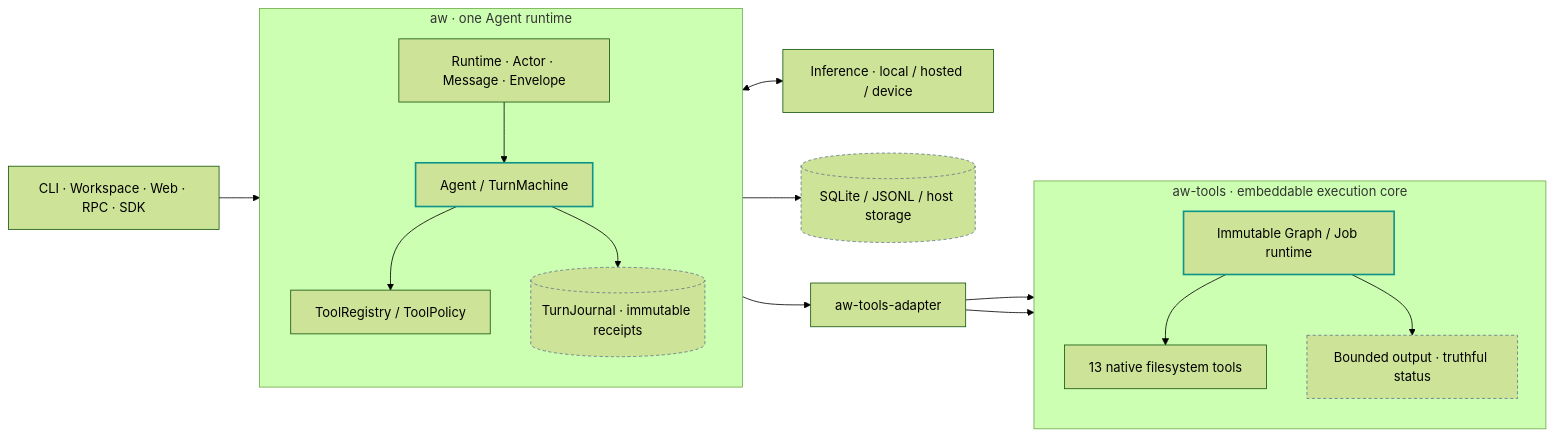
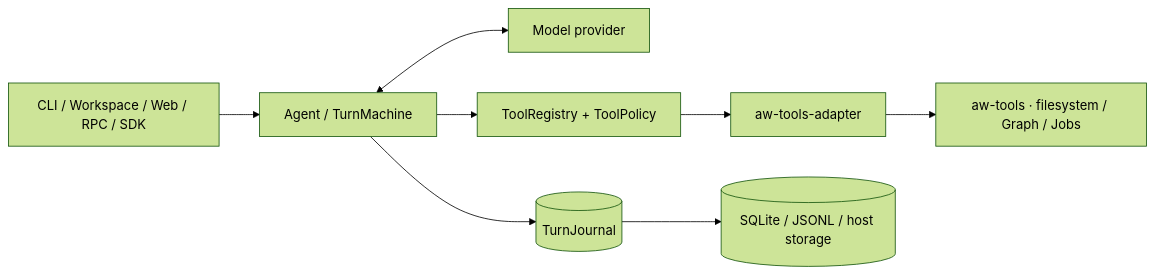
Before and after one commit to abird-ai/aw: the first of 3 diagrams in README.md, drawn with Mermaid (forest theme). The commit also changed other lines of this file, not shown here.

Commit message:
Clarify graph execution and embeddable tools in README

````diff
--- a/README.md
+++ b/README.md
@@ -78,40 +78,10 @@
 ```mermaid
 flowchart LR
-    UI["CLI · Workspace · Web · RPC · SDK"]
-
-    subgraph AW["aw · one Agent runtime"]
-        direction TB
-        PRIM["Runtime · Actor · Message · Envelope"]
-        AGENT["Agent / TurnMachine"]
-        POLICY["ToolRegistry / ToolPolicy"]
-        JOURNAL[("TurnJournal · immutable receipts")]
-        PRIM --> AGENT
-        AGENT --> POLICY
-        AGENT --> JOURNAL
-    end
-
-    subgraph SHARED["aw-tools · embeddable execution core"]
-        direction TB
-        FS["13 native filesystem tools"]
-        GRAPH["Immutable Graph / Job runtime"]
-        OUTPUT["Bounded output · truthful status"]
-        GRAPH --> FS
-        GRAPH --> OUTPUT
-    end
-
-    MODEL["Inference · local / hosted / device"]
-    STORE[("SQLite / JSONL / host storage")]
-    ADAPTER["aw-tools-adapter"]
-
-    UI --> AGENT
-    AGENT <--> MODEL
-    POLICY --> ADAPTER
-    ADAPTER --> FS
-    ADAPTER --> GRAPH
-    JOURNAL --> STORE
-
-    classDef engine stroke:#0d9488,stroke-width:2px
-    classDef durable stroke:#64748b,stroke-dasharray:4 3
-    class AGENT,GRAPH engine
-    class JOURNAL,STORE,OUTPUT durable
+    UI["CLI / Workspace / Web / RPC / SDK"] --> AGENT["Agent / TurnMachine"]
+    AGENT <--> MODEL["Model provider"]
+    AGENT --> POLICY["ToolRegistry + ToolPolicy"]
+    POLICY --> ADAPTER["aw-tools-adapter"]
+    ADAPTER --> CORE["aw-tools · filesystem / Graph / Jobs"]
+    AGENT --> JOURNAL[("TurnJournal")]
+    JOURNAL --> STORE[("SQLite / JSONL / host storage")]
 ```
````
